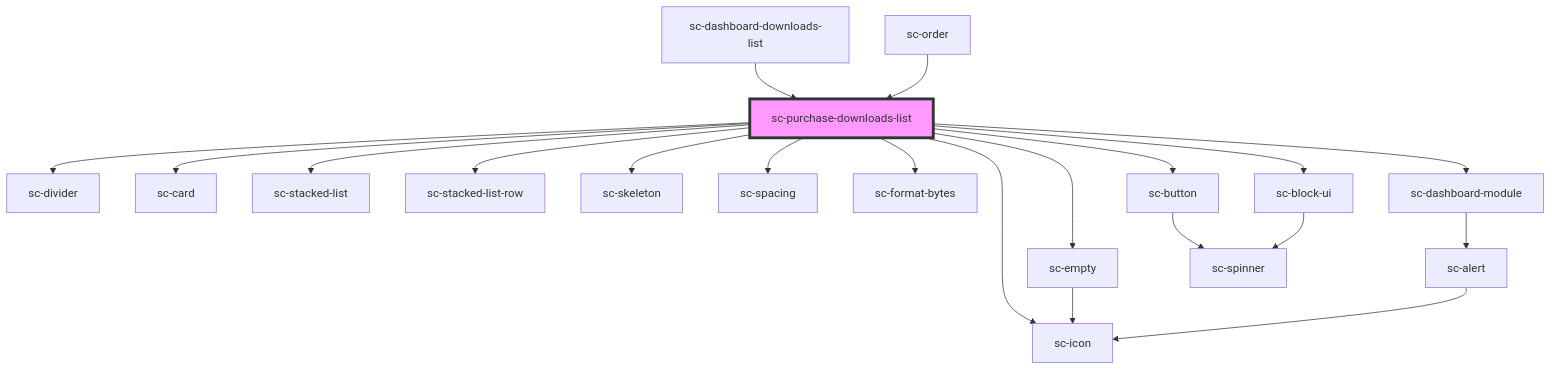
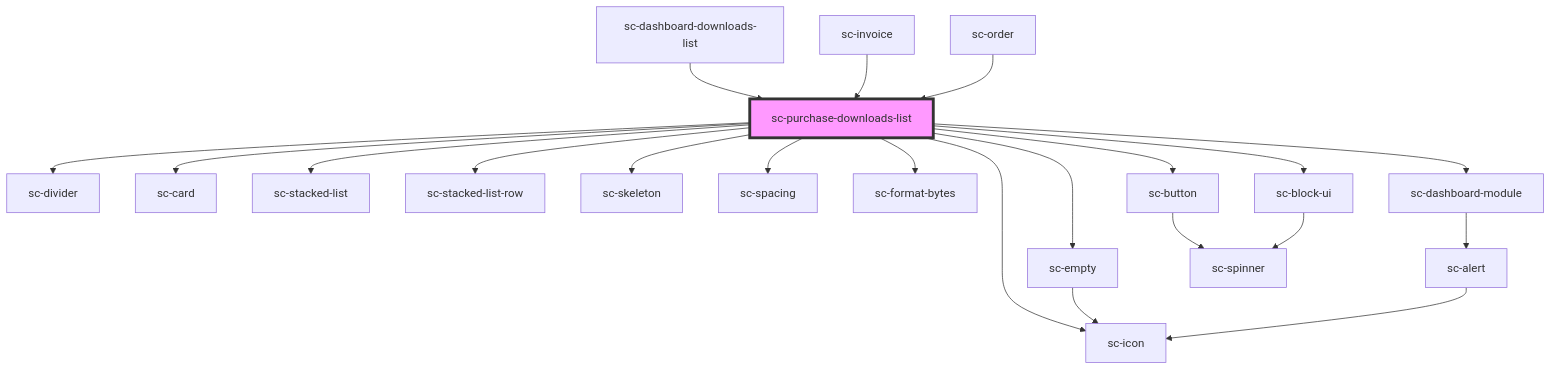
One commit to surecart/surecart-wp-plugin changed the diagram in packages/components/src/components/ui/purchase-downloads-list/readme.md. Above: the diagram before and after it, drawn with Mermaid. The commit also changed other lines of this file and 46 other files, not shown here.

Commit message:
Invoice list and side menu added in customer dashboard page

````diff
--- a/packages/components/src/components/ui/purchase-downloads-list/readme.md
+++ b/packages/components/src/components/ui/purchase-downloads-list/readme.md
@@ -44,23 +45,24 @@
 ```mermaid
 graph TD;
   sc-purchase-downloads-list --> sc-divider
   sc-purchase-downloads-list --> sc-empty
   sc-purchase-downloads-list --> sc-card
   sc-purchase-downloads-list --> sc-stacked-list
   sc-purchase-downloads-list --> sc-stacked-list-row
   sc-purchase-downloads-list --> sc-skeleton
   sc-purchase-downloads-list --> sc-spacing
   sc-purchase-downloads-list --> sc-format-bytes
   sc-purchase-downloads-list --> sc-icon
   sc-purchase-downloads-list --> sc-dashboard-module
   sc-purchase-downloads-list --> sc-button
   sc-purchase-downloads-list --> sc-block-ui
   sc-empty --> sc-icon
   sc-dashboard-module --> sc-alert
   sc-alert --> sc-icon
   sc-button --> sc-spinner
   sc-block-ui --> sc-spinner
   sc-dashboard-downloads-list --> sc-purchase-downloads-list
+  sc-invoice --> sc-purchase-downloads-list
   sc-order --> sc-purchase-downloads-list
   style sc-purchase-downloads-list fill:#f9f,stroke:#333,stroke-width:4px
 ```
````
